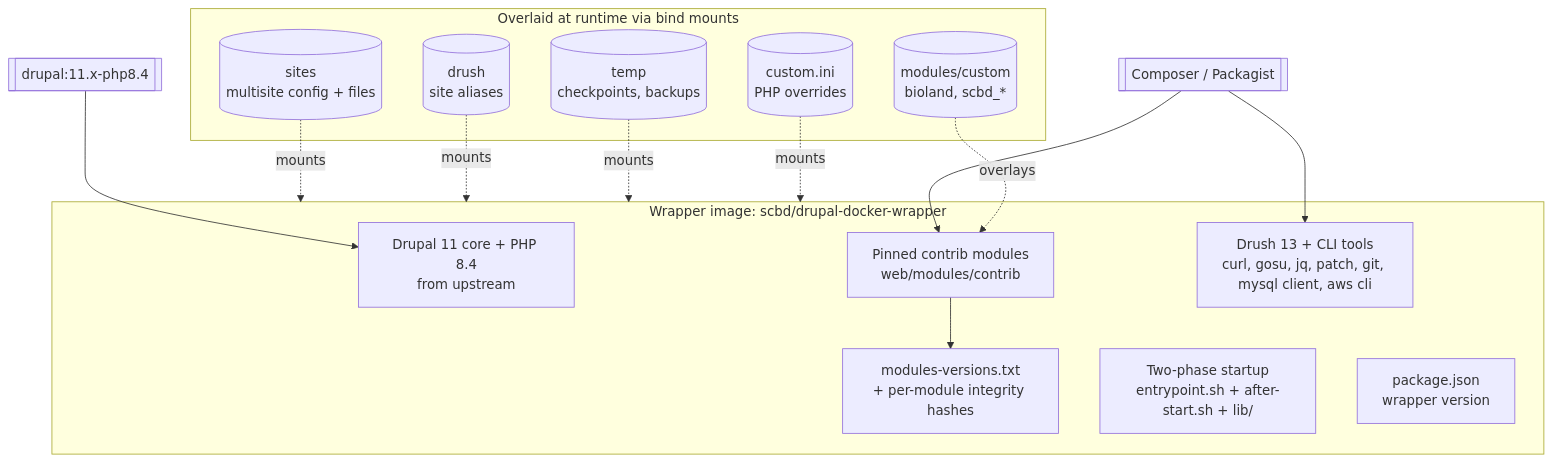
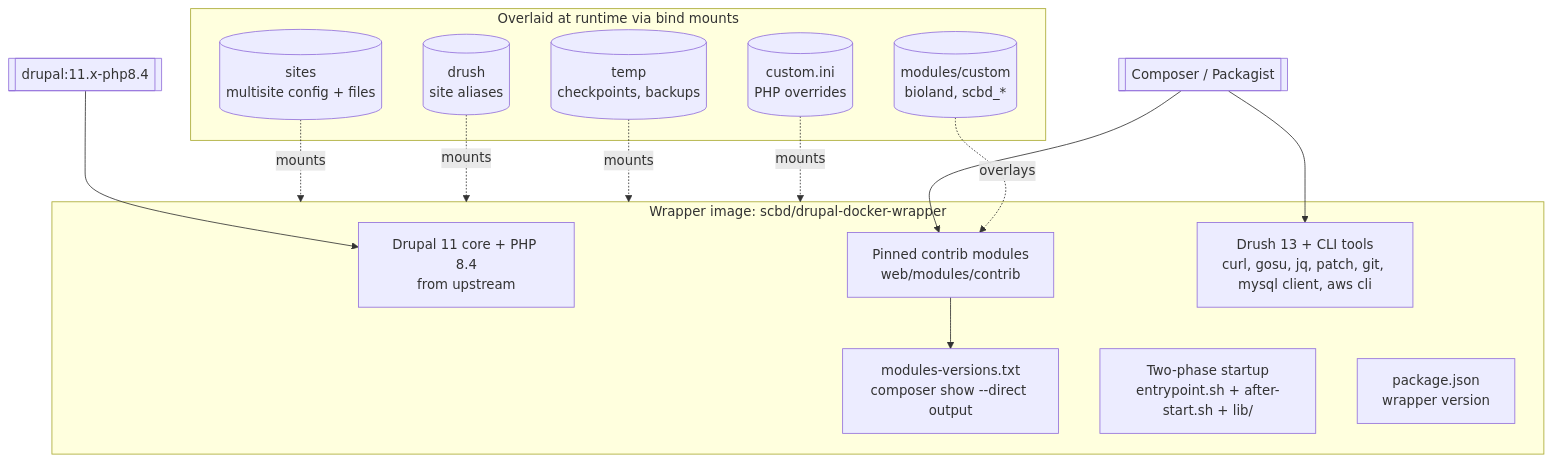
Before and after one commit to scbd/drupal-docker-wrapper: the second of 9 diagrams in docs/architecture.md, drawn with Mermaid. The commit also changed other lines of this file and 11 other files, not shown here.

````diff
--- a/docs/architecture.md
+++ b/docs/architecture.md
@@ -62,29 +64,29 @@
 ```mermaid
 flowchart TB
   subgraph image [Wrapper image: scbd/drupal-docker-wrapper]
     core[Drupal 11 core + PHP 8.4<br/>from upstream]
     contrib[Pinned contrib modules<br/>web/modules/contrib]
     drush[Drush 13 + CLI tools<br/>curl, gosu, jq, patch, git, mysql client, aws cli]
-    manifest[modules-versions.txt<br/>+ per-module integrity hashes]
+    manifest[modules-versions.txt<br/>composer show --direct output]
     startup[Two-phase startup<br/>entrypoint.sh + after-start.sh + lib/]
     pkg[package.json<br/>wrapper version]
   end
 
   subgraph runtime [Overlaid at runtime via bind mounts]
     custom[(modules/custom<br/>bioland, scbd_*)]
     sites[(sites<br/>multisite config + files)]
     drushcfg[(drush<br/>site aliases)]
     temp[(temp<br/>checkpoints, backups)]
     phpini[(custom.ini<br/>PHP overrides)]
   end
 
   upstream[[drupal:11.x-php8.4]] --> core
   composer[[Composer / Packagist]] --> contrib
   composer --> drush
   contrib --> manifest
   custom -. overlays .-> contrib
   sites -. mounts .-> image
   drushcfg -. mounts .-> image
   temp -. mounts .-> image
   phpini -. mounts .-> image
 ```
````
